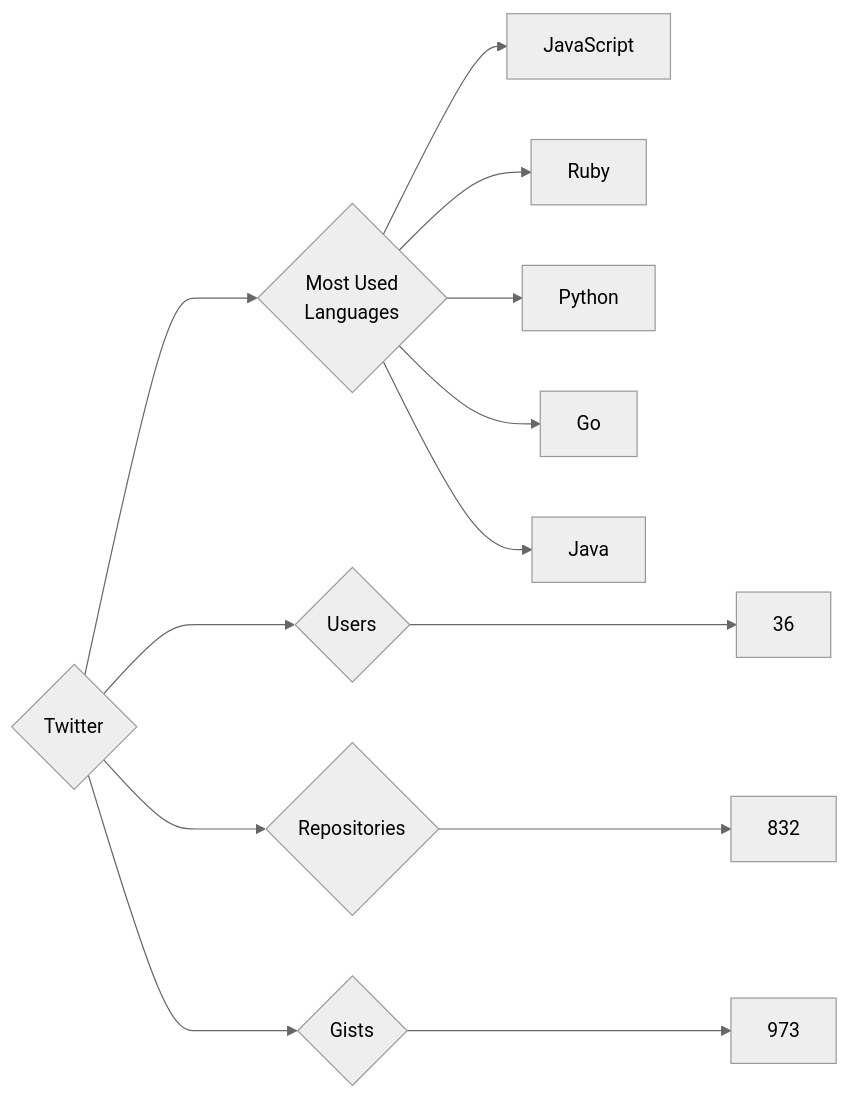
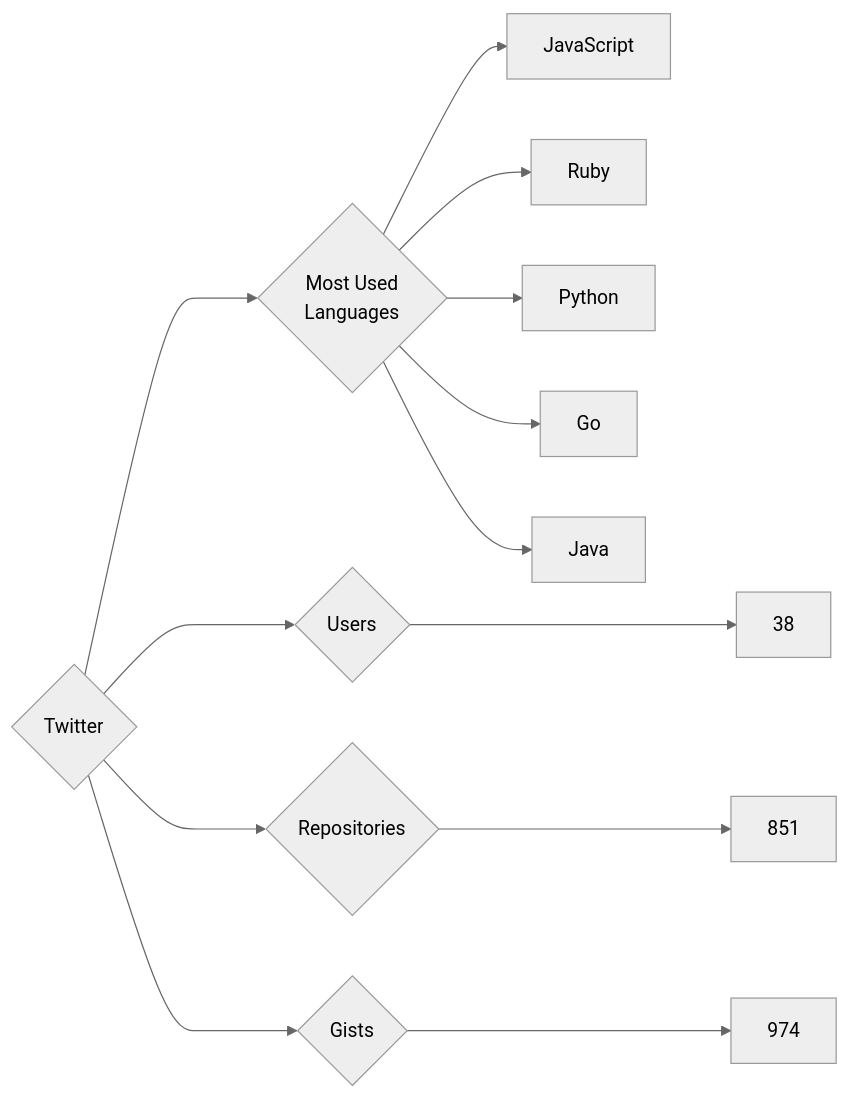
The diagram in targets/Twitter/README.md (trickest/insiders), drawn with Mermaid (neutral theme) before and after one commit. The commit also changed 886 other files, not shown here.

````diff
--- a/targets/Twitter/README.md
+++ b/targets/Twitter/README.md
@@ -3,13 +3,13 @@
 ```mermaid
 graph LR
 COMPANY_NAME{Twitter}
-COMPANY_NAME ---> U{Users} ---> UN[36]
-COMPANY_NAME ---> R{Repositories} ---> RN[832]
-COMPANY_NAME ---> G{Gists} ---> GN[973]
+COMPANY_NAME ---> U{Users} ---> UN[38]
+COMPANY_NAME ---> R{Repositories} ---> RN[851]
+COMPANY_NAME ---> G{Gists} ---> GN[974]
 COMPANY_NAME ---> ML{Most Used<br>Languages}
 ML --> JavaScript[JavaScript]
 ML --> Ruby[Ruby]
 ML --> Python[Python]
 ML --> Go[Go]
 ML --> Java[Java]
 ```
````
